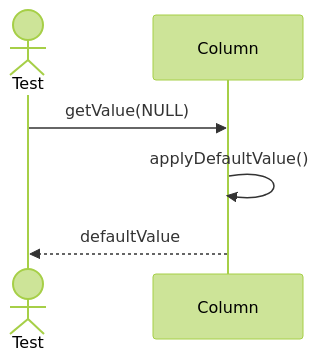
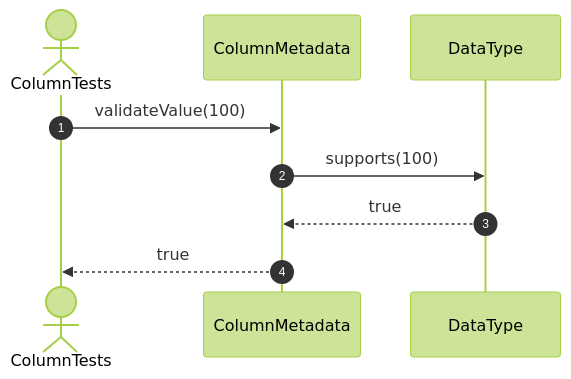
One commit to FhuAnn/-bbv-AN-s-DBMS changed the sixth of 18 diagrams in src/tests/unit/metadata/sequences/columns-testing.se.md. Above: the diagram before and after it, drawn with Mermaid (forest theme). The commit also changed other lines of this file and 60 other files, not shown here.

Commit message:
refactor data table, row, column, constraint, index test file

````diff
--- a/src/tests/unit/metadata/sequences/columns-testing.se.md
+++ b/src/tests/unit/metadata/sequences/columns-testing.se.md
@@ -96,11 +86,12 @@
 ```mermaid
 sequenceDiagram
-actor Test
-participant Column
+    autonumber
+    actor Test as ColumnTests
+    participant Column as ColumnMetadata
+    participant Type as DataType
 
-Test->>Column: getValue(NULL)
-
-Column->>Column: applyDefaultValue()
-
-Column-->>Test: defaultValue
+    Test->>Column: validateValue(100)
+    Column->>Type: supports(100)
+    Type-->>Column: true
+    Column-->>Test: true
 ```
````
